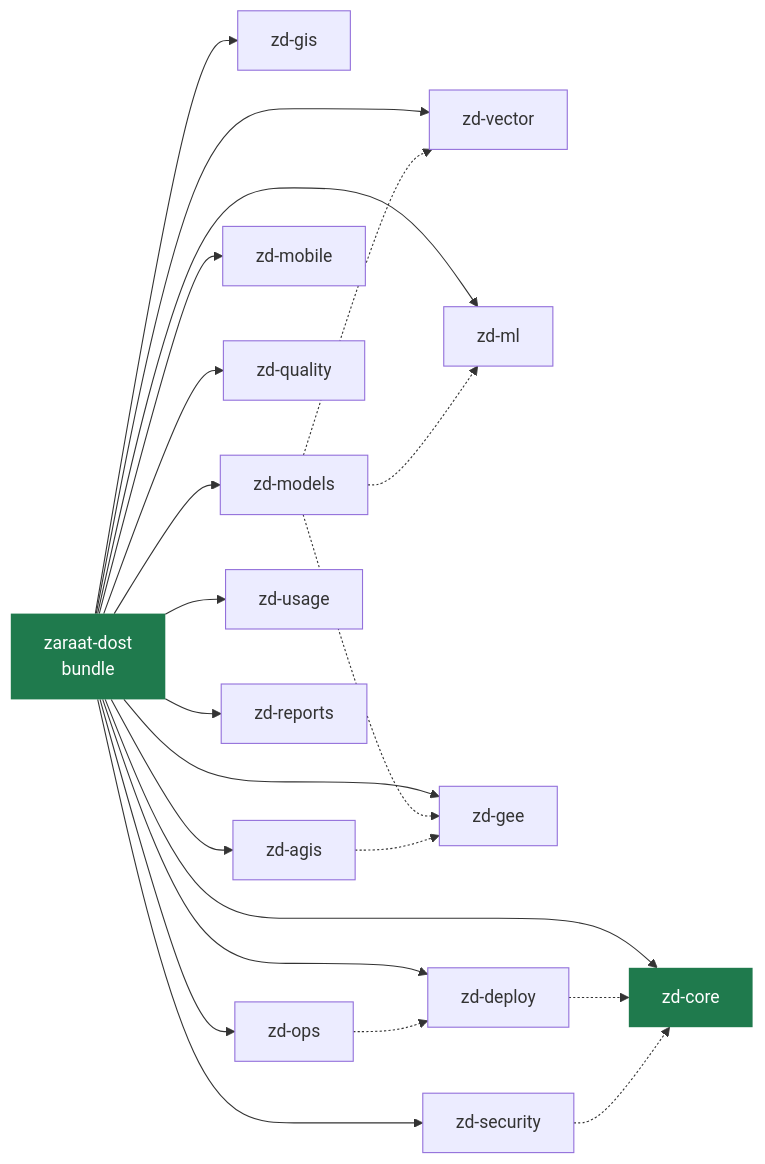
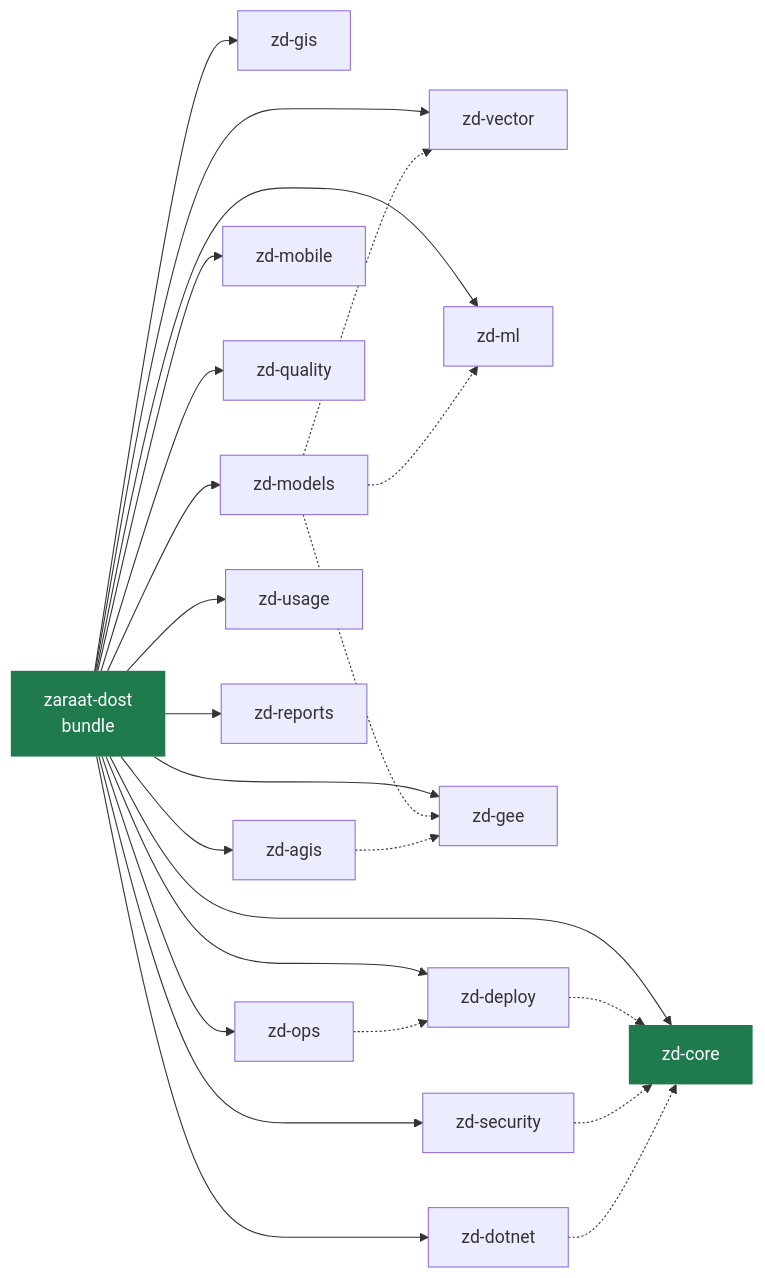
Before and after one commit to Adilmunawar/ZD-claude-plugin: the diagram in README.md, drawn with Mermaid. The commit also changed other lines of this file and 46 other files, not shown here.

Commit message:
feat(zd-dotnet): .NET dashboard/API module built from the team's ledgers — schema posture, slices, parity, WinSW deploy, guards; v7.5.0

````diff
--- a/README.md
+++ b/README.md
@@ -162,14 +163,15 @@
 ```mermaid
 flowchart LR
   B[zaraat-dost<br/>bundle] --> C[zd-core]
   B --> G[zd-gis] & V[zd-vector] & M[zd-models] & L[zd-ml] & E[zd-gee]
-  B --> A[zd-agis] & MO[zd-mobile] & D[zd-deploy]
+  B --> A[zd-agis] & MO[zd-mobile] & DN[zd-dotnet] & D[zd-deploy]
   B --> Q[zd-quality] & S[zd-security] & O[zd-ops] & U[zd-usage] & R[zd-reports]
   M -.-> V & E & L
   A -.-> E
   D -.-> C
   S -.-> C
+  DN -.-> C
   O -.-> D
   classDef core fill:#1f7a4d,color:#fff,stroke:none
   class B,C core
 ```
````
